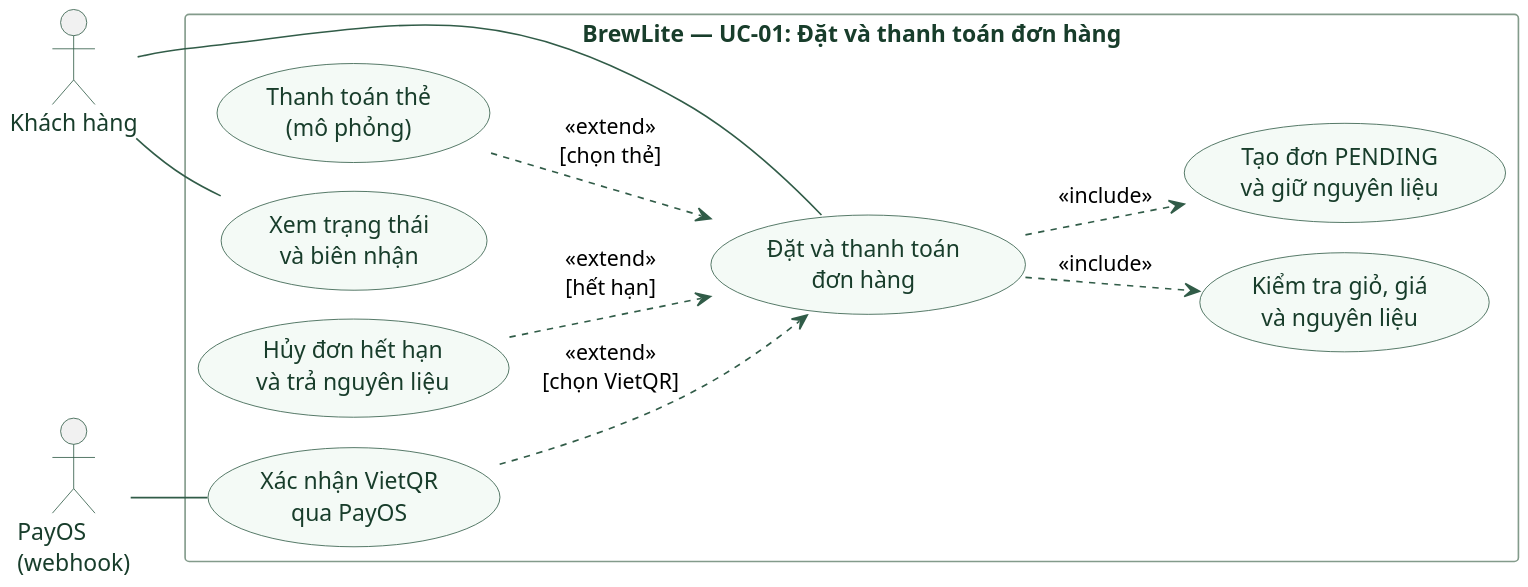
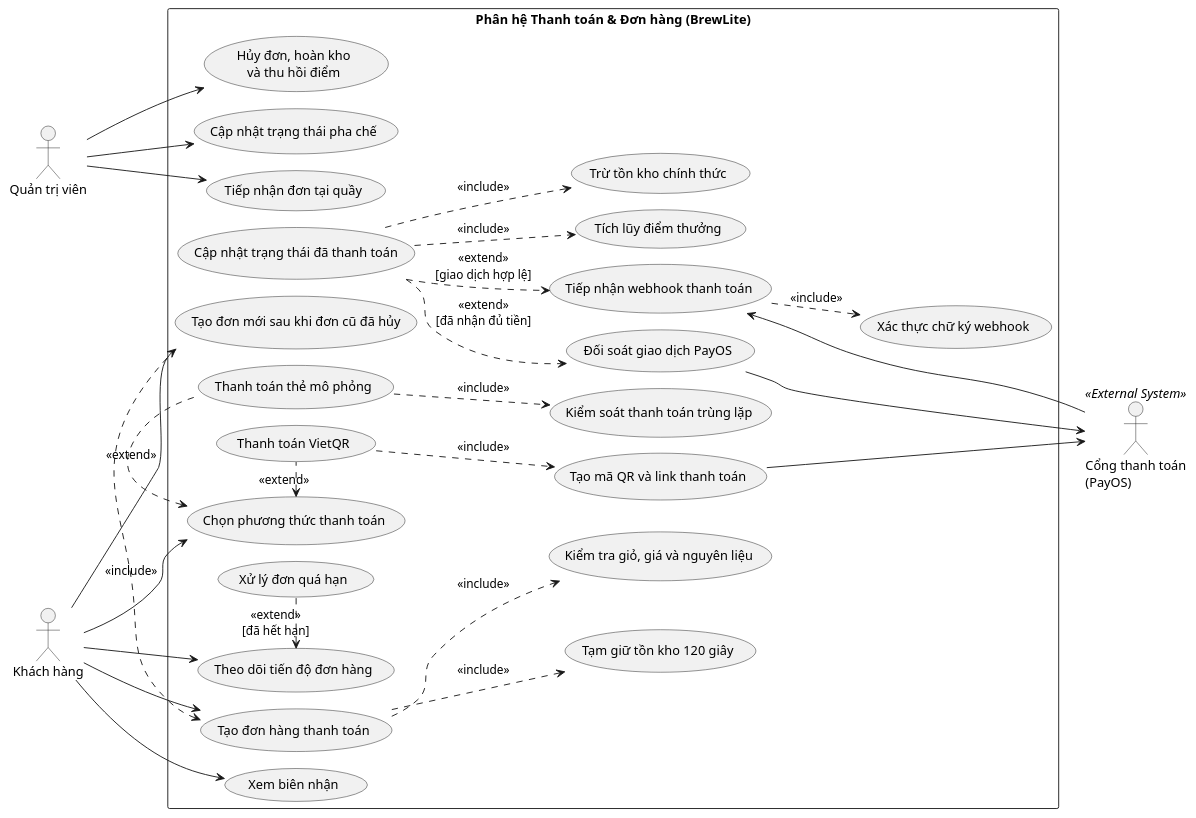
Before and after one commit to PhucTruong11/brewlite-assignment2: the diagram in docs/diagrams/uc01-order-checkout.puml, drawn with PlantUML. The commit also changed 43 other files, not shown here.

Commit message:
Complete Assignment 2 requirements and UML diagrams

```diff
--- a/docs/diagrams/uc01-order-checkout.puml
+++ b/docs/diagrams/uc01-order-checkout.puml
@@ -1,48 +1,80 @@
-@startuml
+@startuml uc01-order-checkout
 !pragma layout smetana
 left to right direction
-scale 1.8
-
-skinparam backgroundColor white
+skinparam packageStyle rectangle
+skinparam monochrome true
 skinparam shadowing false
 skinparam defaultFontName Arial
-skinparam ArrowColor #315C48
-skinparam actor {
-  FontColor #183D2B
-  BorderColor #315C48
-}
-skinparam usecase {
-  BackgroundColor #F4FAF6
-  BorderColor #315C48
-  FontColor #183D2B
-}
-skinparam rectangle {
-  BackgroundColor white
-  BorderColor #839B8B
-  FontColor #183D2B
+skinparam roundcorner 4
+skinparam nodesep 20
+skinparam ranksep 34
+
+actor "Quản trị viên" as Admin
+actor "Khách hàng" as Customer
+actor "Cổng thanh toán\n(PayOS)" as PaymentGateway <<External System>>
+
+rectangle "Phân hệ Thanh toán & Đơn hàng (BrewLite)" {
+  ' Quản trị viên
+  usecase "Hủy đơn, hoàn kho\nvà thu hồi điểm" as UC_CancelAndRestore
+  usecase "Tiếp nhận đơn tại quầy" as UC_ReceiveOrderPOS
+  usecase "Cập nhật trạng thái pha chế" as UC_UpdateBrewStatus
+
+  ' Xác nhận và đối soát giao dịch
+  usecase "Tiếp nhận webhook thanh toán" as UC_ReceiveWebhook
+  usecase "Xác thực chữ ký webhook" as UC_VerifyHMAC
+  usecase "Đối soát giao dịch PayOS" as UC_Reconcile
+  usecase "Cập nhật trạng thái đã thanh toán" as UC_UpdatePaid
+  usecase "Tích lũy điểm thưởng" as UC_AddLoyalty
+  usecase "Trừ tồn kho chính thức" as UC_DeductInventory
+
+  ' Khách hàng
+  usecase "Xem biên nhận" as UC_ViewInvoice
+  usecase "Tạo đơn mới sau khi đơn cũ đã hủy" as UC_CreateAgain
+  usecase "Xử lý đơn quá hạn" as UC_AutoCancel
+  usecase "Tạm giữ tồn kho 120 giây" as UC_Reserve120s
+  usecase "Thanh toán thẻ mô phỏng" as UC_PayCard
+  usecase "Thanh toán VietQR" as UC_PayVietQR
+  usecase "Tạo mã QR và link thanh toán" as UC_CreateQRLink
+  usecase "Chọn phương thức thanh toán" as UC_ChoosePayment
+  usecase "Theo dõi tiến độ đơn hàng" as UC_TrackOrder
+  usecase "Tạo đơn hàng thanh toán" as UC_CreateOrder
+  usecase "Kiểm tra giỏ, giá và nguyên liệu" as UC_Validate
+  usecase "Kiểm soát thanh toán trùng lặp" as UC_AntiDuplicate
 }
 
-actor "Khách hàng" as Customer
-actor "PayOS\n(webhook)" as PayOS
+Admin -right-> UC_CancelAndRestore
+Admin -right-> UC_ReceiveOrderPOS
+Admin -right-> UC_UpdateBrewStatus
 
-rectangle "BrewLite — UC-01: Đặt và thanh toán đơn hàng" {
-  usecase "Đặt và thanh toán\nđơn hàng" as UC
-  usecase "Kiểm tra giỏ, giá\nvà nguyên liệu" as Validate
-  usecase "Tạo đơn PENDING\nvà giữ nguyên liệu" as Create
-  usecase "Thanh toán thẻ\n(mô phỏng)" as Card
-  usecase "Xác nhận VietQR\nqua PayOS" as QR
-  usecase "Hủy đơn hết hạn\nvà trả nguyên liệu" as Expire
-  usecase "Xem trạng thái\nvà biên nhận" as Receipt
-}
+Customer -right-> UC_ViewInvoice
+Customer -right-> UC_CreateAgain
+Customer -right-> UC_TrackOrder
+Customer -right-> UC_CreateOrder
+Customer -right-> UC_ChoosePayment
 
-Customer -- UC
-Customer -- Receipt
-PayOS -- QR
+UC_CreateOrder ..> UC_Validate : <<include>>
+UC_CreateOrder ..> UC_Reserve120s : <<include>>
+UC_CreateOrder <.right. UC_CreateAgain : <<include>>
+UC_TrackOrder <.right. UC_AutoCancel : <<extend>>\n[đã hết hạn]
 
-UC ..> Validate : <<include>>
-UC ..> Create : <<include>>
-Card ..> UC : <<extend>>\n[chọn thẻ]
-QR ..> UC : <<extend>>\n[chọn VietQR]
-Expire ..> UC : <<extend>>\n[hết hạn]
+UC_ChoosePayment <.right. UC_PayCard : <<extend>>
+UC_ChoosePayment <.right. UC_PayVietQR : <<extend>>
+UC_PayCard ..> UC_AntiDuplicate : <<include>>
+UC_PayVietQR ..> UC_CreateQRLink : <<include>>
 
+UC_CreateQRLink -right-> PaymentGateway
+UC_Reconcile -right-> PaymentGateway
+UC_ReceiveWebhook <-right- PaymentGateway
+UC_ReceiveWebhook ..> UC_VerifyHMAC : <<include>>
+UC_UpdatePaid ..> UC_ReceiveWebhook : <<extend>>\n[giao dịch hợp lệ]
+UC_UpdatePaid ..> UC_Reconcile : <<extend>>\n[đã nhận đủ tiền]
+UC_UpdatePaid ..> UC_DeductInventory : <<include>>
+UC_UpdatePaid ..> UC_AddLoyalty : <<include>>
+
+' Layout anchors keep both actor columns outside the system boundary.
+Admin -[hidden]-> UC_CreateAgain
+Customer -[hidden]-> UC_ReceiveOrderPOS
+UC_VerifyHMAC -[hidden]-> PaymentGateway
+UC_Validate -[hidden]-> PaymentGateway
+UC_Reserve120s -[hidden]-> PaymentGateway
 @enduml
```
